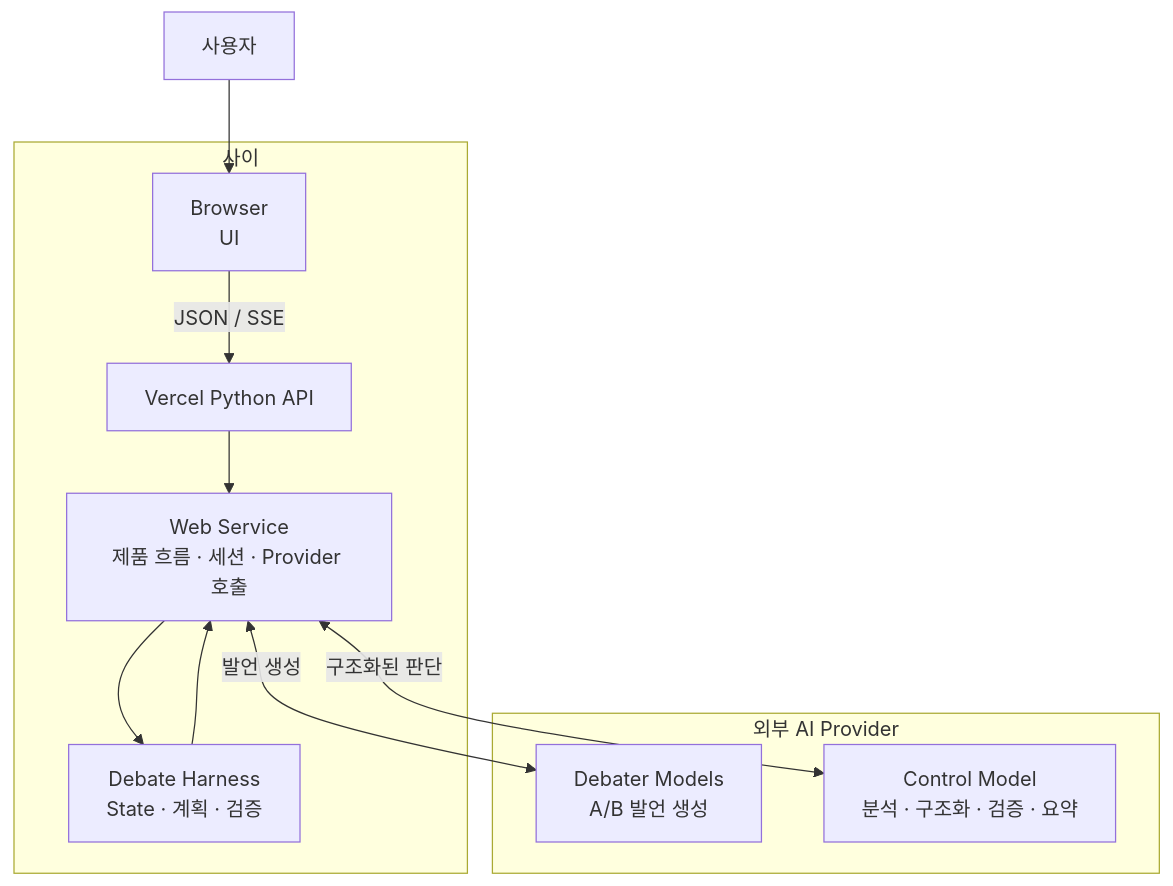
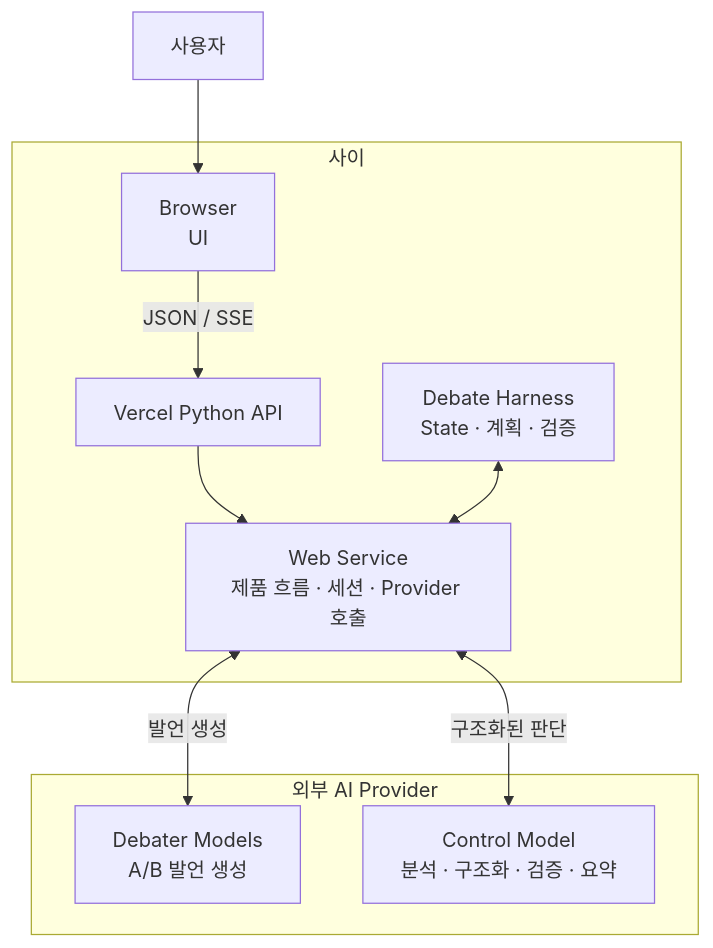
Before and after one commit to hodob/A1-3: the third of 5 diagrams in README.md, drawn with Mermaid. The commit also changed other lines of this file, not shown here.

First line of the commit message:
docs: fix Mermaid layouts and tighten README review items

```diff
--- a/README.md
+++ b/README.md
@@ -120,25 +120,23 @@
 ~~~mermaid
 flowchart TD
-    U[사용자]
+    U[사용자] --> B
 
     subgraph SAI[사이]
         B[Browser<br/>UI]
         API[Vercel Python API]
+        H[Debate Harness<br/>State · 계획 · 검증]
         W[Web Service<br/>제품 흐름 · 세션 · Provider 호출]
-        H[Debate Harness<br/>State · 계획 · 검증]
 
         B -->|JSON / SSE| API
         API --> W
-        W --> H
-        H --> W
+        H <--> W
     end
 
     subgraph EXT[외부 AI Provider]
         D[Debater Models<br/>A/B 발언 생성]
         C[Control Model<br/>분석 · 구조화 · 검증 · 요약]
     end
 
-    U --> B
     W <-->|발언 생성| D
     W <-->|구조화된 판단| C
 ~~~
```
